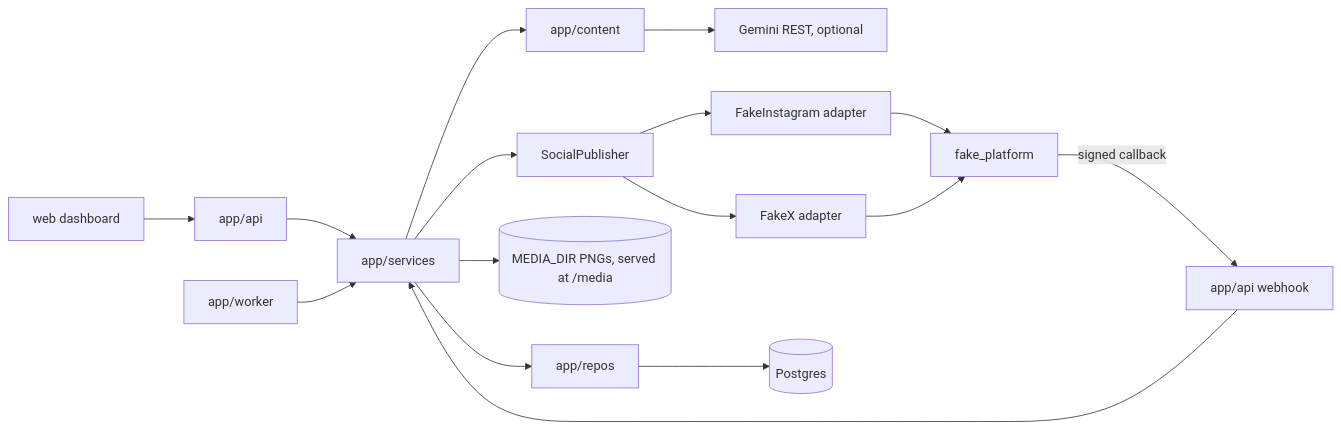
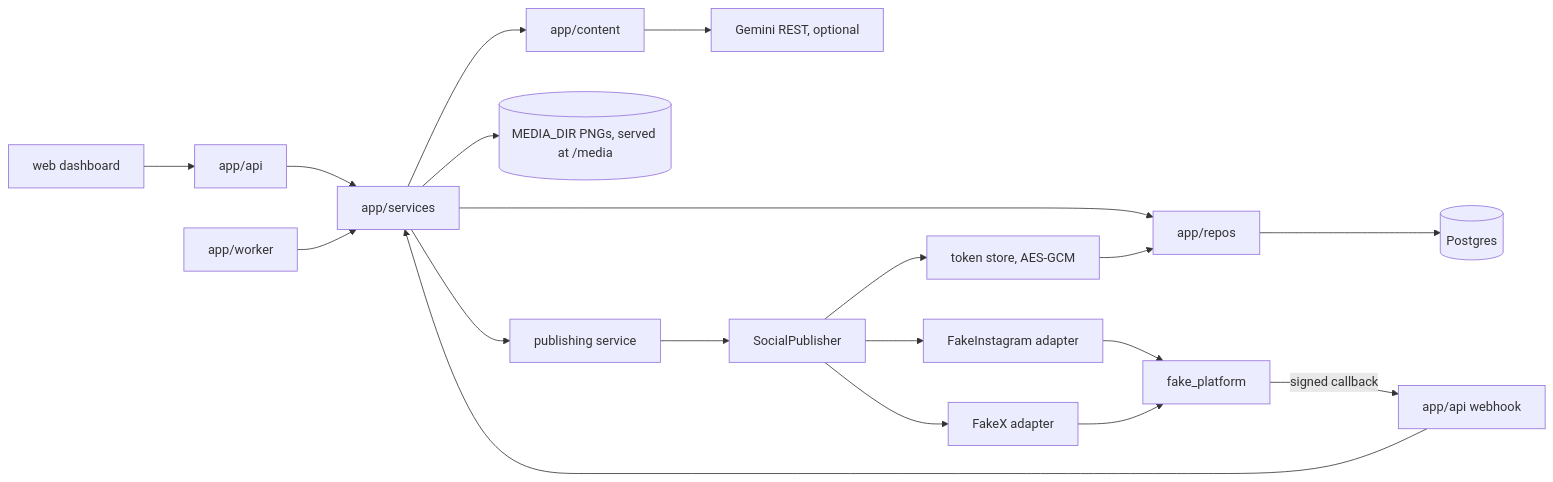
Before and after one commit to JuliusNoelMiranda18/SOCIALMEDIAMANAGER: the diagram in vault/Architecture/System Map.md, drawn with Mermaid. The commit also changed other lines of this file and 51 other files, not shown here.

````diff
--- a/vault/Architecture/System Map.md
+++ b/vault/Architecture/System Map.md
@@ -6,18 +6,21 @@
 ```mermaid
 flowchart LR
   API[app/api] --> SVC[app/services]
   SVC --> REPO[app/repos]
   SVC --> CONTENT[app/content]
   SVC --> MEDIA[(MEDIA_DIR PNGs, served at /media)]
   CONTENT --> LLM[Gemini REST, optional]
-  SVC --> PUB[SocialPublisher]
+  SVC --> PUBSVC[publishing service]
+  PUBSVC --> PUB[SocialPublisher]
+  PUB --> TOK[token store, AES-GCM]
+  TOK --> REPO
   PUB --> AIG[FakeInstagram adapter]
   PUB --> AX[FakeX adapter]
   WORKER[app/worker] --> SVC
   AIG --> FAKE[fake_platform]
   AX --> FAKE
   FAKE -- signed callback --> HOOK[app/api webhook]
   HOOK --> SVC
   WEB[web dashboard] --> API
   REPO --> DB[(Postgres)]
 ```
````
